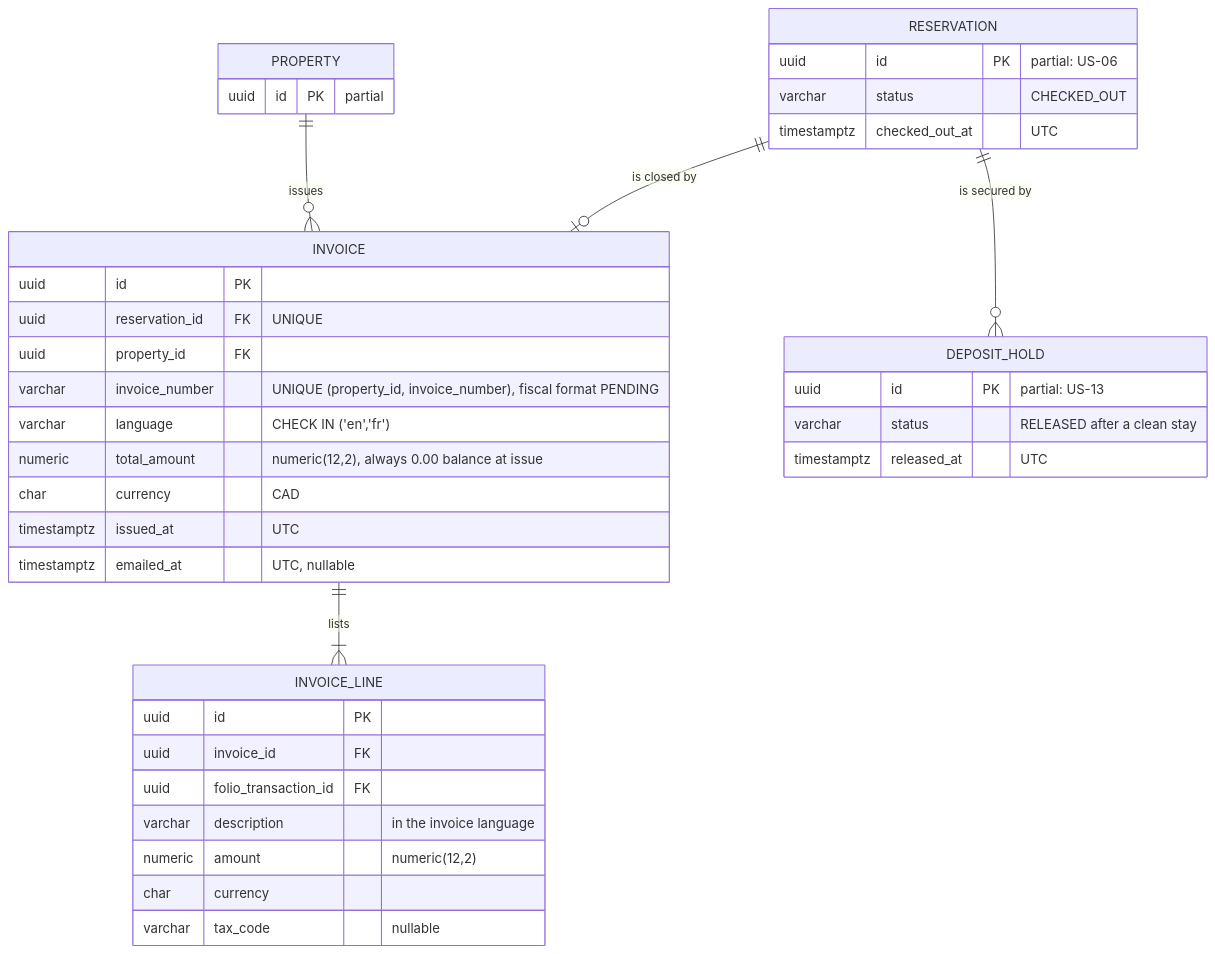
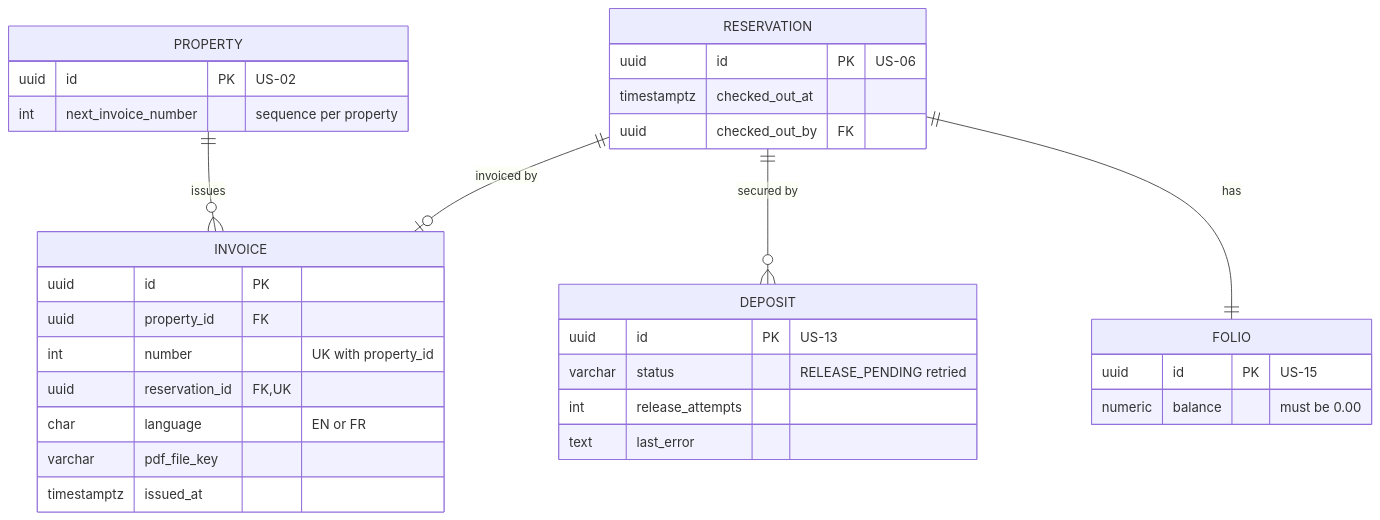
One commit to BraceroInSabot/Motel-Starmie changed the second of 3 diagrams in docs/Initial Requirements/Diagrams/US-17 - Check-out with Zero Balance.md. Above: the diagram before and after it, drawn with Mermaid. The commit also changed other lines of this file and 51 other files, not shown here.

````diff
--- a/docs/Initial Requirements/Diagrams/US-17 - Check-out with Zero Balance.md
+++ b/docs/Initial Requirements/Diagrams/US-17 - Check-out with Zero Balance.md
@@ -169,41 +142,36 @@
 ```mermaid
 erDiagram
-    RESERVATION ||--o| INVOICE : "is closed by"
-    INVOICE ||--|{ INVOICE_LINE : "lists"
     PROPERTY ||--o{ INVOICE : "issues"
-    RESERVATION ||--o{ DEPOSIT_HOLD : "is secured by"
+    RESERVATION ||--o| INVOICE : "invoiced by"
+    RESERVATION ||--o{ DEPOSIT : "secured by"
+    RESERVATION ||--|| FOLIO : "has"
 
+    PROPERTY {
+        uuid id PK "US-02"
+        int next_invoice_number "sequence per property"
+    }
     INVOICE {
         uuid id PK
-        uuid reservation_id FK "UNIQUE"
         uuid property_id FK
-        varchar invoice_number "UNIQUE (property_id, invoice_number), fiscal format PENDING"
-        varchar language "CHECK IN ('en','fr')"
-        numeric total_amount "numeric(12,2), always 0.00 balance at issue"
-        char currency "CAD"
-        timestamptz issued_at "UTC"
-        timestamptz emailed_at "UTC, nullable"
+        int number "UK with property_id"
+        uuid reservation_id FK, UK
+        char language "EN or FR"
+        varchar pdf_file_key
+        timestamptz issued_at
     }
-    INVOICE_LINE {
-        uuid id PK
-        uuid invoice_id FK
-        uuid folio_transaction_id FK
-        varchar description "in the invoice language"
-        numeric amount "numeric(12,2)"
-        char currency
-        varchar tax_code "nullable"
-    }
-    DEPOSIT_HOLD {
-        uuid id PK "partial: US-13"
-        varchar status "RELEASED after a clean stay"
-        timestamptz released_at "UTC"
+    DEPOSIT {
+        uuid id PK "US-13"
+        varchar status "RELEASE_PENDING retried"
+        int release_attempts
+        text last_error
     }
     RESERVATION {
-        uuid id PK "partial: US-06"
-        varchar status "CHECKED_OUT"
-        timestamptz checked_out_at "UTC"
+        uuid id PK "US-06"
+        timestamptz checked_out_at
+        uuid checked_out_by FK
     }
-    PROPERTY {
-        uuid id PK "partial"
+    FOLIO {
+        uuid id PK "US-15"
+        numeric balance "must be 0.00"
     }
 ```
````
